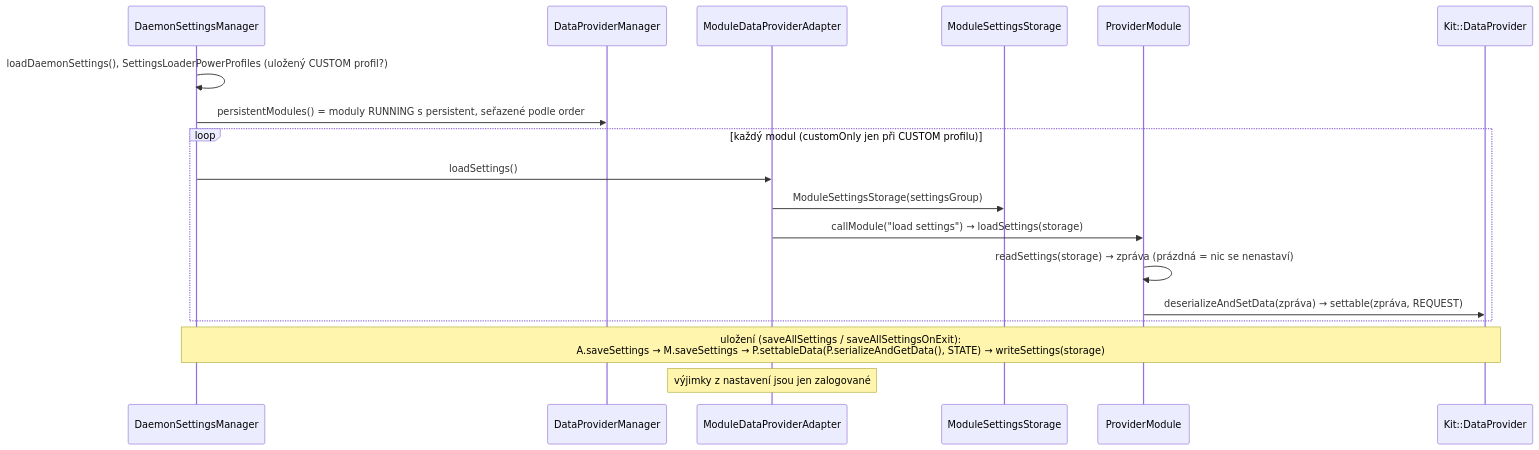
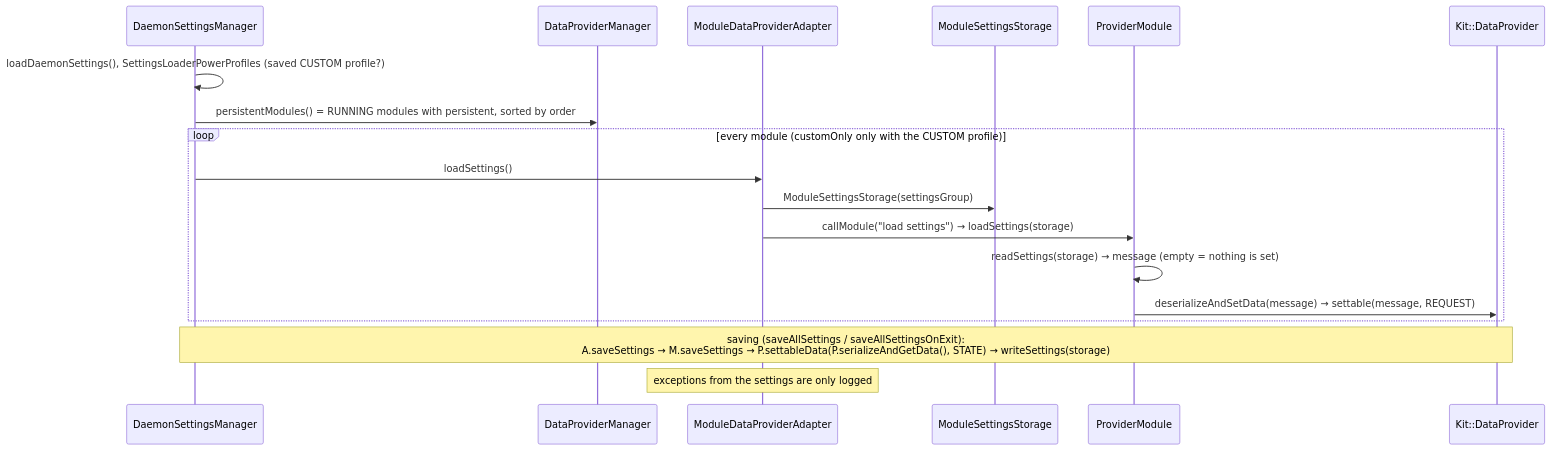
Before and after one commit to bolekjar/lenovo-legion-linux-toolkit: the seventh of 7 diagrams in LenovoLegion/LenovoLegion-Daemon/ModulesDesign.md, drawn with Mermaid. The commit also changed other lines of this file and 2 other files, not shown here.

````diff
--- a/LenovoLegion/LenovoLegion-Daemon/ModulesDesign.md
+++ b/LenovoLegion/LenovoLegion-Daemon/ModulesDesign.md
@@ -950,21 +950,21 @@
 ```mermaid
 sequenceDiagram
     participant DSM as DaemonSettingsManager
     participant DPM as DataProviderManager
     participant A as ModuleDataProviderAdapter
     participant S as ModuleSettingsStorage
     participant M as ProviderModule
     participant P as Kit::DataProvider
 
-    DSM->>DSM: loadDaemonSettings(), SettingsLoaderPowerProfiles (uložený CUSTOM profil?)
-    DSM->>DPM: persistentModules() = moduly RUNNING s persistent, seřazené podle order
-    loop každý modul (customOnly jen při CUSTOM profilu)
+    DSM->>DSM: loadDaemonSettings(), SettingsLoaderPowerProfiles (saved CUSTOM profile?)
+    DSM->>DPM: persistentModules() = RUNNING modules with persistent, sorted by order
+    loop every module (customOnly only with the CUSTOM profile)
         DSM->>A: loadSettings()
         A->>S: ModuleSettingsStorage(settingsGroup)
         A->>M: callModule("load settings") → loadSettings(storage)
-        M->>M: readSettings(storage) → zpráva (prázdná = nic se nenastaví)
-        M->>P: deserializeAndSetData(zpráva) → settable(zpráva, REQUEST)
+        M->>M: readSettings(storage) → message (empty = nothing is set)
+        M->>P: deserializeAndSetData(message) → settable(message, REQUEST)
     end
-    Note over DSM,P: uložení (saveAllSettings / saveAllSettingsOnExit):<br/>A.saveSettings → M.saveSettings → P.settableData(P.serializeAndGetData(), STATE) → writeSettings(storage)
-    Note over A: výjimky z nastavení jsou jen zalogované
+    Note over DSM,P: saving (saveAllSettings / saveAllSettingsOnExit):<br/>A.saveSettings → M.saveSettings → P.settableData(P.serializeAndGetData(), STATE) → writeSettings(storage)
+    Note over A: exceptions from the settings are only logged
 ```
````
